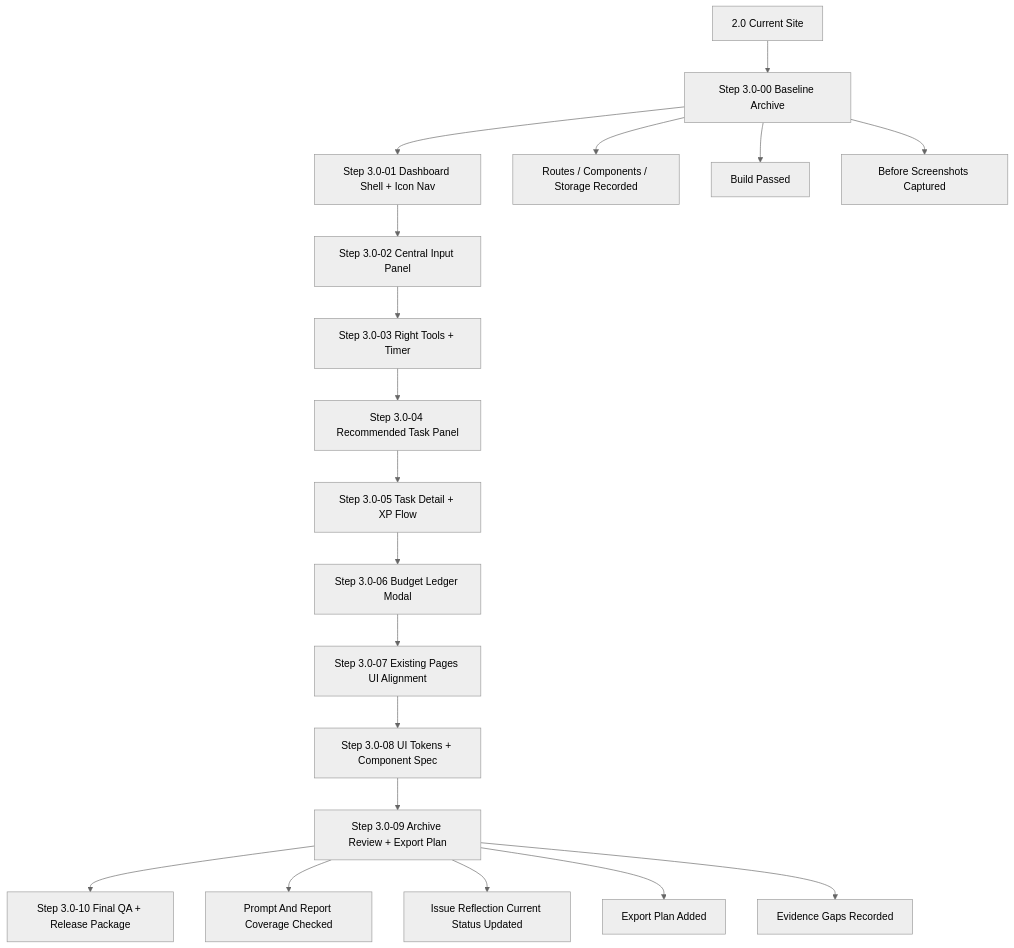
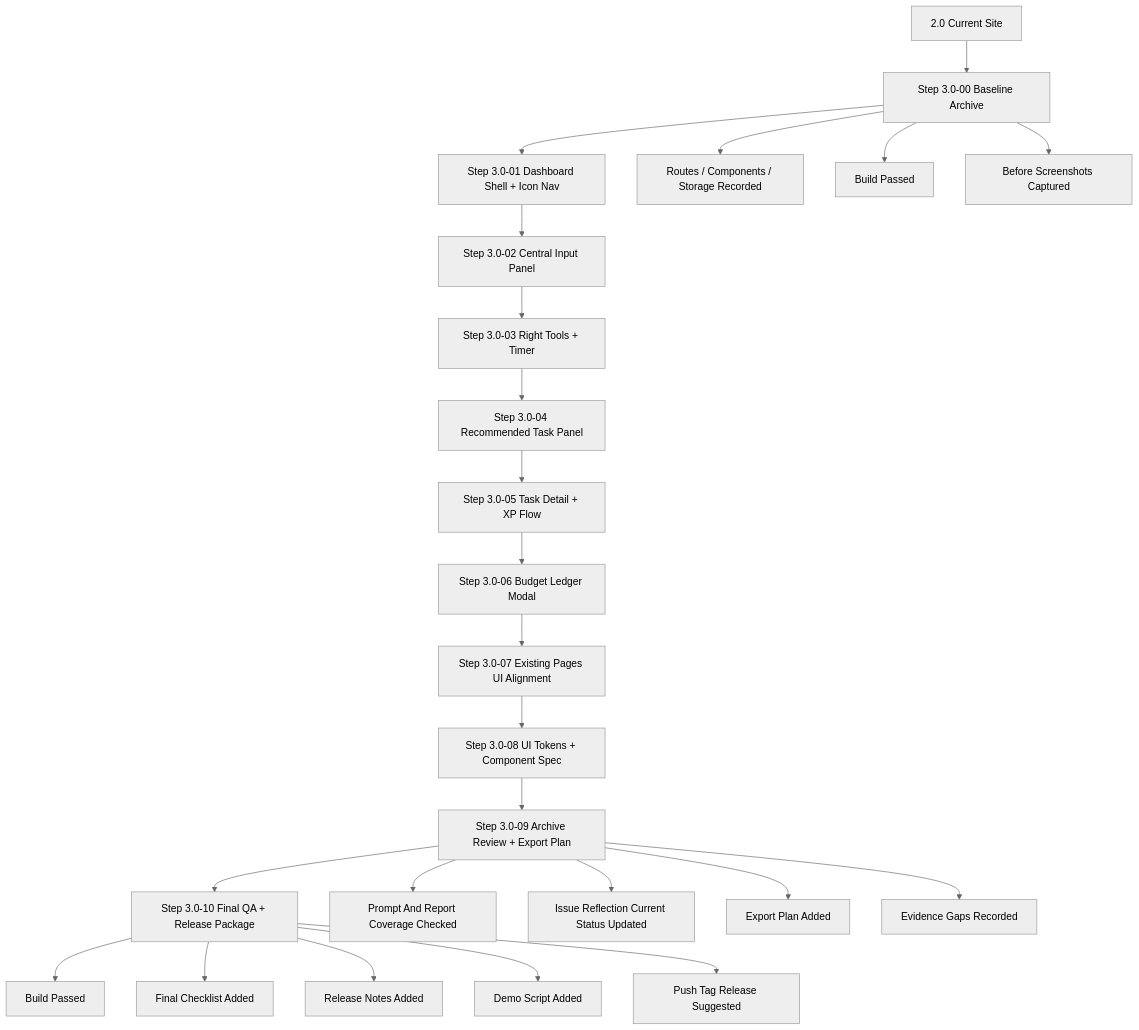
Before and after one commit to nouri247351793-dotcom/cooking-ai-planner: the diagram in 2_coding_documentation/09_v3_upgrade/04_flowcharts_v3/macro_flow_v3.mmd, drawn with Mermaid (neutral theme). The commit also changed 12 other files, not shown here.

```diff
--- a/2_coding_documentation/09_v3_upgrade/04_flowcharts_v3/macro_flow_v3.mmd
+++ b/2_coding_documentation/09_v3_upgrade/04_flowcharts_v3/macro_flow_v3.mmd
@@ -1,20 +1,25 @@
 flowchart TD
   A[2.0 Current Site] --> B[Step 3.0-00 Baseline Archive]
   B --> C[Step 3.0-01 Dashboard Shell + Icon Nav]
   C --> D[Step 3.0-02 Central Input Panel]
   D --> E[Step 3.0-03 Right Tools + Timer]
   E --> F[Step 3.0-04 Recommended Task Panel]
   F --> G[Step 3.0-05 Task Detail + XP Flow]
   G --> H[Step 3.0-06 Budget Ledger Modal]
   H --> I[Step 3.0-07 Existing Pages UI Alignment]
   I --> J[Step 3.0-08 UI Tokens + Component Spec]
   J --> K[Step 3.0-09 Archive Review + Export Plan]
   K --> L[Step 3.0-10 Final QA + Release Package]
 
   B --> B1[Routes / Components / Storage Recorded]
   B --> B2[Build Passed]
   B --> B3[Before Screenshots Captured]
   K --> K1[Prompt And Report Coverage Checked]
   K --> K2[Issue Reflection Current Status Updated]
   K --> K3[Export Plan Added]
   K --> K4[Evidence Gaps Recorded]
+  L --> L1[Build Passed]
+  L --> L2[Final Checklist Added]
+  L --> L3[Release Notes Added]
+  L --> L4[Demo Script Added]
+  L --> L5[Push Tag Release Suggested]
```
